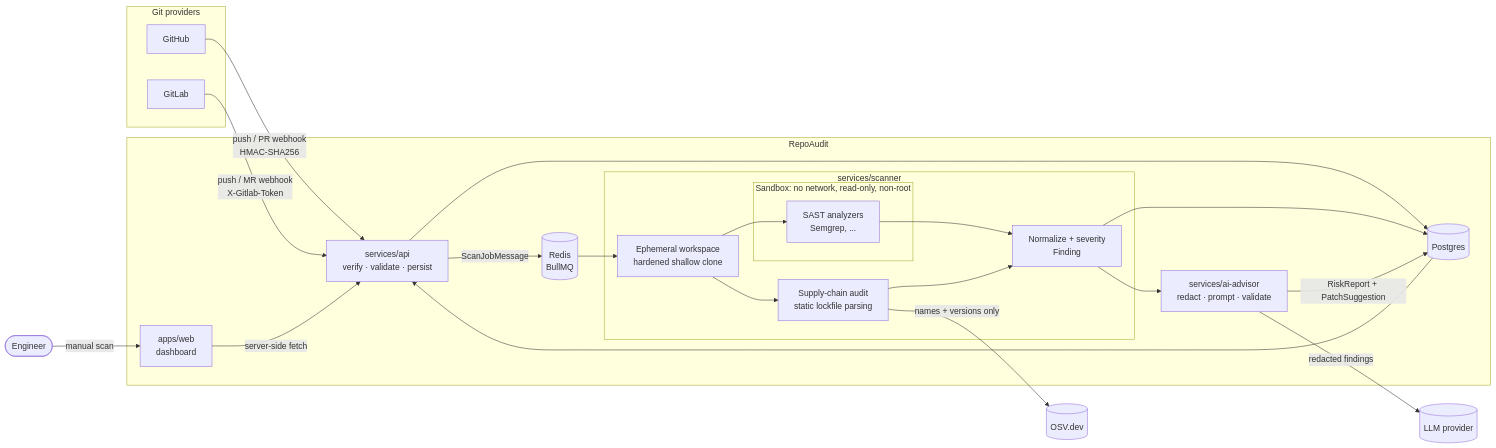
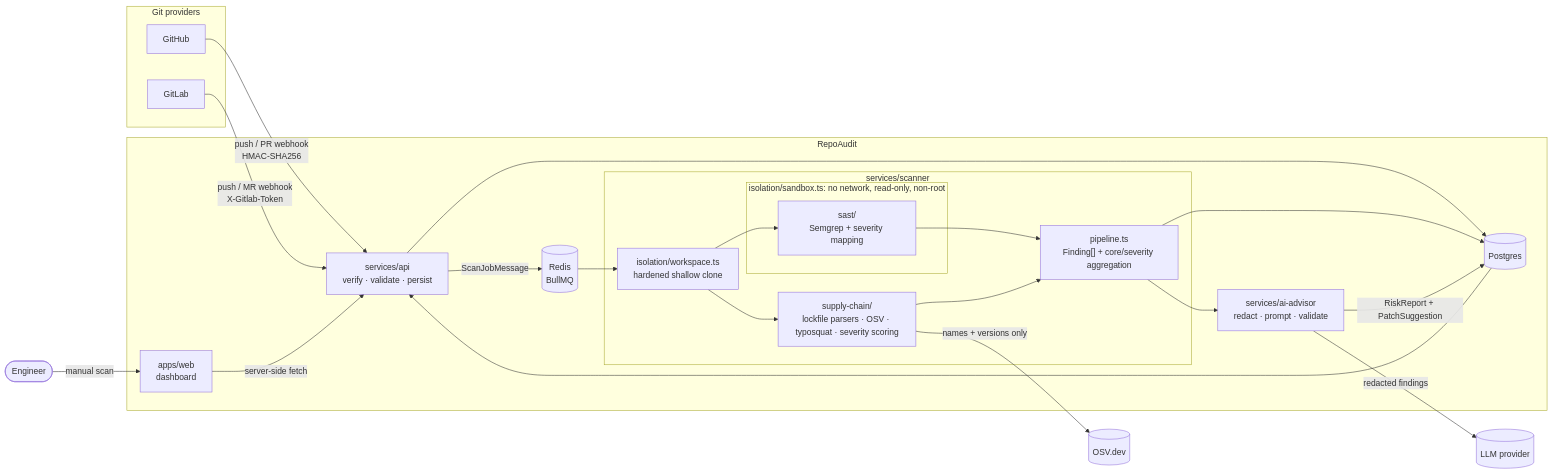
The first of 3 diagrams in docs/ARCHITECTURE.md (amineakremi07/RepoAudit), drawn with Mermaid before and after one commit. The commit also changed other lines of this file and 25 other files, not shown here.

Commit message:
modify architecture for 4 members and creating the architecture of the project

````diff
--- a/docs/ARCHITECTURE.md
+++ b/docs/ARCHITECTURE.md
@@ -30,42 +33,42 @@
 ```mermaid
 flowchart LR
     subgraph Git["Git providers"]
         GH[GitHub]
         GL[GitLab]
     end
     User([Engineer]) -->|manual scan| WEB
     GH -->|push / PR webhook<br/>HMAC-SHA256| API
     GL -->|push / MR webhook<br/>X-Gitlab-Token| API
 
     subgraph Platform["RepoAudit"]
         WEB[apps/web<br/>dashboard]
         API[services/api<br/>verify · validate · persist]
         Q[(Redis<br/>BullMQ)]
         DB[(Postgres)]
         subgraph Worker["services/scanner"]
-            WS[Ephemeral workspace<br/>hardened shallow clone]
-            subgraph Sandbox["Sandbox: no network, read-only, non-root"]
-                SAST[SAST analyzers<br/>Semgrep, ...]
+            WS["isolation/workspace.ts<br/>hardened shallow clone"]
+            subgraph Sandbox["isolation/sandbox.ts: no network, read-only, non-root"]
+                SAST["sast/<br/>Semgrep + severity mapping"]
             end
-            SC[Supply-chain audit<br/>static lockfile parsing]
-            NORM[Normalize + severity<br/>Finding]
+            SC["supply-chain/<br/>lockfile parsers · OSV · typosquat · severity scoring"]
+            NORM["pipeline.ts<br/>Finding[] + core/severity aggregation"]
         end
         AI[services/ai-advisor<br/>redact · prompt · validate]
     end
 
     OSV[(OSV.dev)]
     LLM[(LLM provider)]
 
     WEB -->|server-side fetch| API
     API --> DB
     API -->|ScanJobMessage| Q
     Q --> WS
     WS --> SAST --> NORM
     WS --> SC --> NORM
     SC -->|names + versions only| OSV
     NORM --> DB
     NORM --> AI
     AI -->|redacted findings| LLM
     AI -->|RiskReport + PatchSuggestion| DB
     DB --> API
 ```
````
